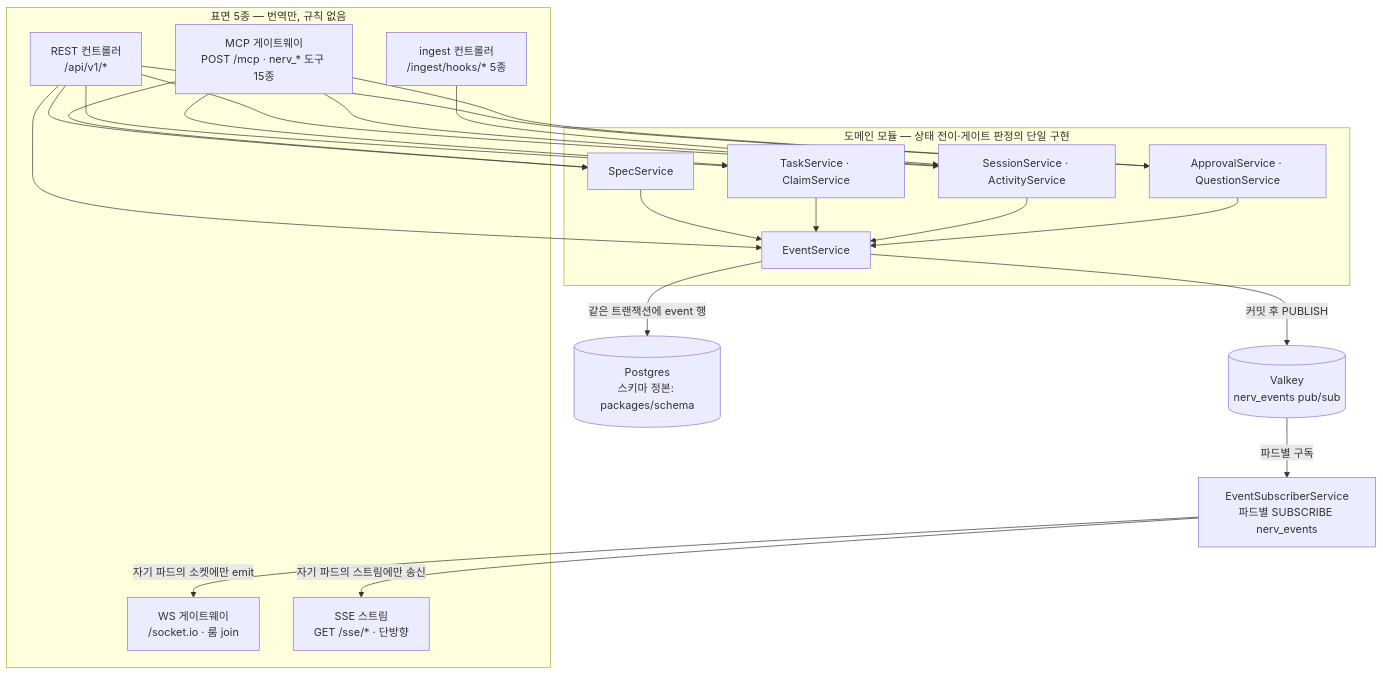
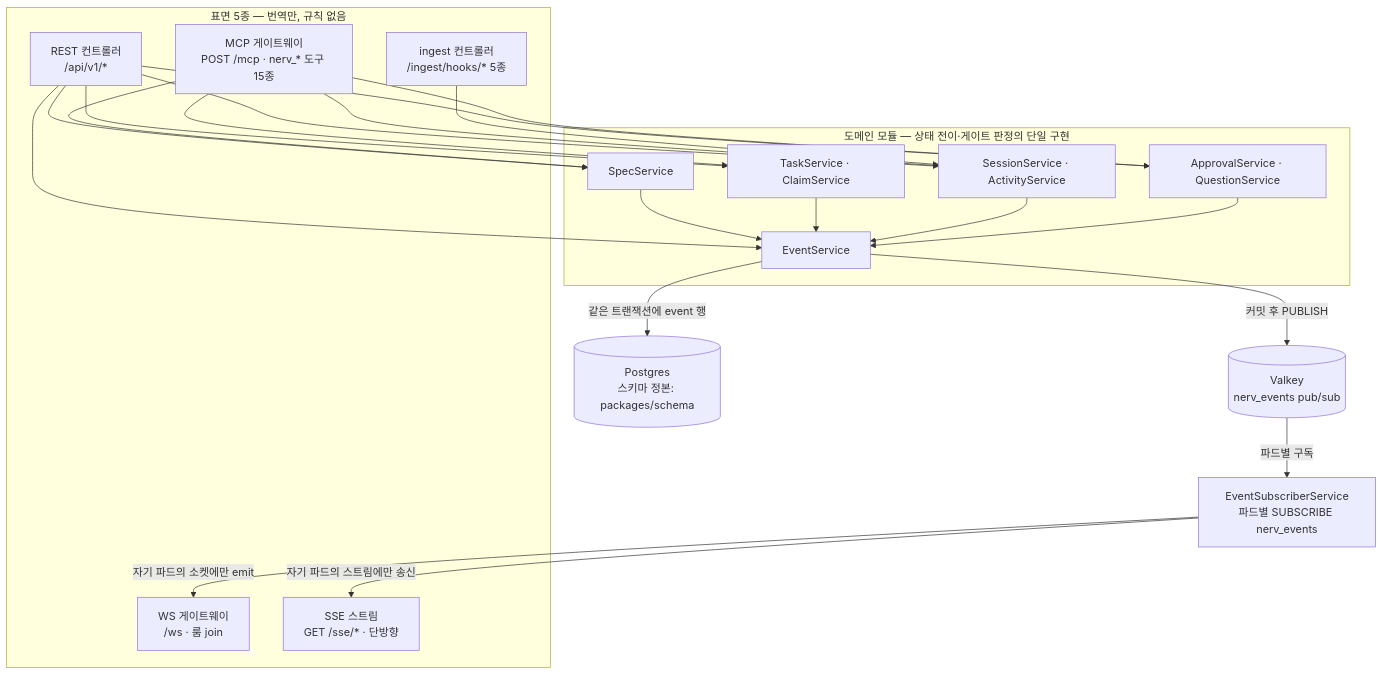
The diagram in docs/04-mvp/codebase.md (worker-ants/nerv), drawn with Mermaid before and after one commit. The commit also changed other lines of this file and 1 other file, not shown here.

First line of the commit message:
docs: WS 경로 정본 불일치 정정 — codebase.md의 /socket.io → /ws (4.2 §1.1·§2.4·§5.4·§6.3)

````diff
--- a/docs/04-mvp/codebase.md
+++ b/docs/04-mvp/codebase.md
@@ -131,40 +131,40 @@
 ```mermaid
 flowchart TB
   subgraph SURF["표면 5종 — 번역만, 규칙 없음"]
     REST["REST 컨트롤러<br/>/api/v1/*"]
     MCP["MCP 게이트웨이<br/>POST /mcp · nerv_* 도구 15종"]
-    WS["WS 게이트웨이<br/>/socket.io · 룸 join"]
+    WS["WS 게이트웨이<br/>/ws · 룸 join"]
     SSE["SSE 스트림<br/>GET /sse/* · 단방향"]
     ING["ingest 컨트롤러<br/>/ingest/hooks/* 5종"]
   end
   subgraph DOM["도메인 모듈 — 상태 전이·게이트 판정의 단일 구현"]
     SS["SpecService"]
     TS["TaskService · ClaimService"]
     SES["SessionService · ActivityService"]
     AP["ApprovalService · QuestionService"]
     EV["EventService"]
   end
   PG[("Postgres<br/>스키마 정본: packages/schema")]
   VK[("Valkey<br/>nerv_events pub/sub")]
   SUB["EventSubscriberService<br/>파드별 SUBSCRIBE nerv_events"]
 
   REST --> SS
   REST --> TS
   REST --> SES
   REST --> AP
   REST --> EV
   MCP --> SS
   MCP --> TS
   MCP --> SES
   MCP --> AP
   ING --> SES
   SS --> EV
   TS --> EV
   SES --> EV
   AP --> EV
   EV -->|"같은 트랜잭션에 event 행"| PG
   EV -->|"커밋 후 PUBLISH"| VK
   VK -->|"파드별 구독"| SUB
   SUB -->|"자기 파드의 소켓에만 emit"| WS
   SUB -->|"자기 파드의 스트림에만 송신"| SSE
 ```
````
